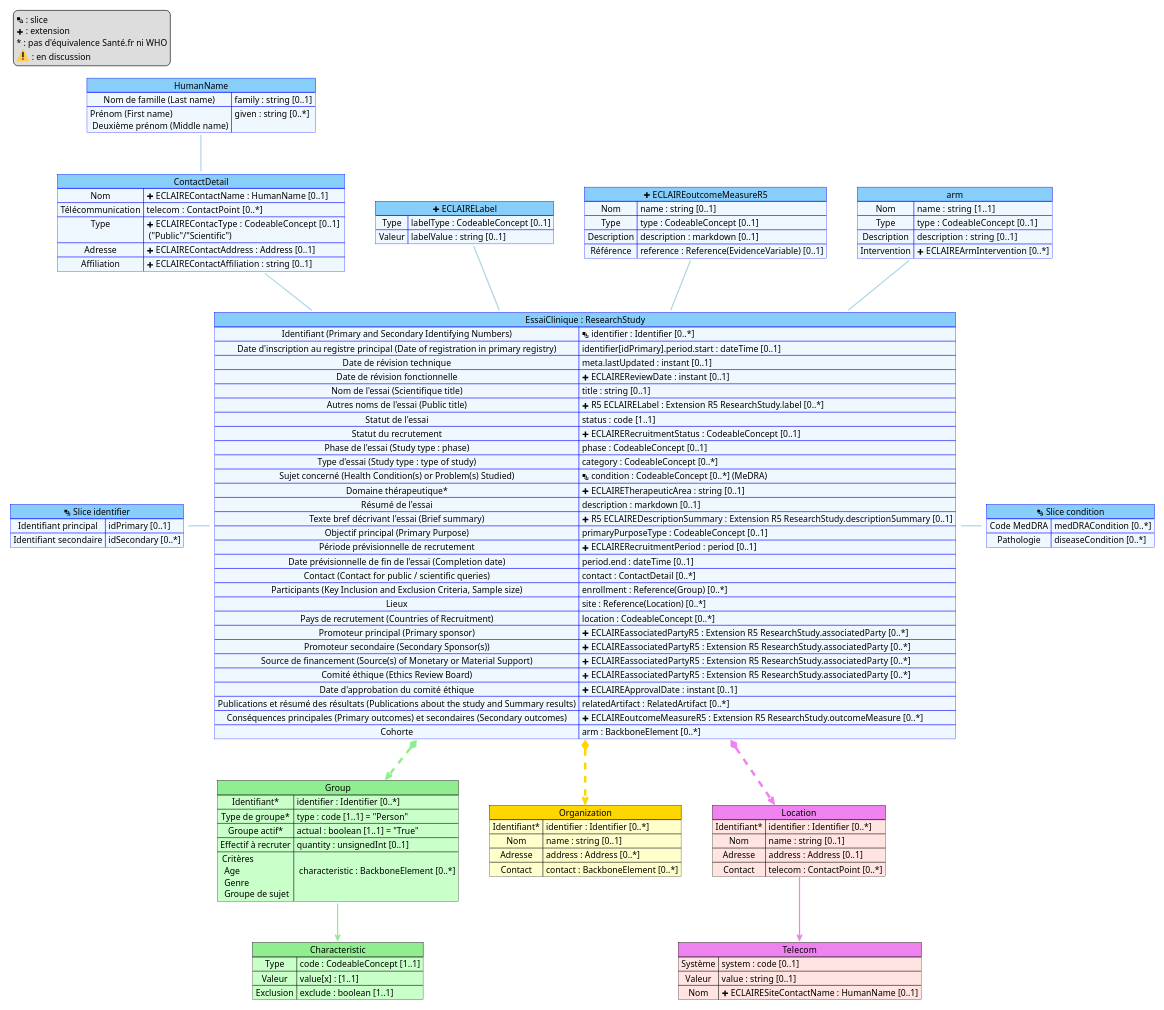
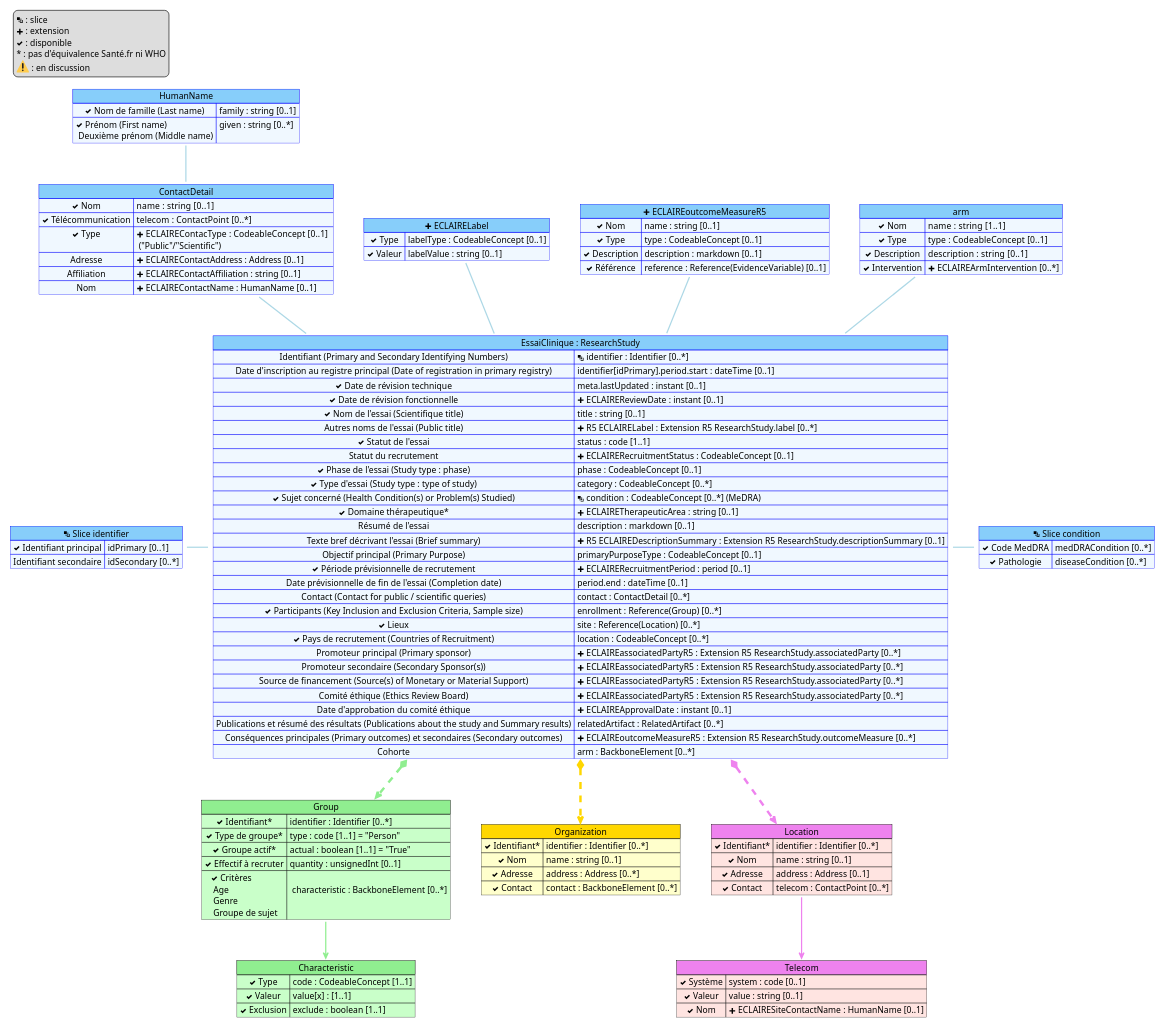
One commit to DNUM-SocialGouv/eclaire changed the diagram in mapping.plantuml. Above: the diagram before and after it, drawn with PlantUML.

Commit message:
doc: mise en avant des variables disponibles

```diff
--- a/mapping.plantuml
+++ b/mapping.plantuml
@@ -1,140 +1,141 @@
 @startuml mapping
 
 scale 1200 width
 
 map "ContactDetail" as Contact #back:AliceBlue;header:LightSkyBlue;line:blue {
-    Nom => name :  string [0..1] 
-    Télécommunication => telecom :  ContactPoint [0..*]  
-    Type => <&plus> ECLAIREContacType :  CodeableConcept [0..1] \n ("Public"/"Scientific")
+    <&check> Nom => name :  string [0..1]
+    <&check> Télécommunication => telecom :  ContactPoint [0..*]
+    <&check> Type => <&plus> ECLAIREContacType :  CodeableConcept [0..1] \n ("Public"/"Scientific")
     Adresse => <&plus> ECLAIREContactAddress : Address [0..1]
     Affiliation => <&plus> ECLAIREContactAffiliation : string [0..1]
     Nom => <&plus> ECLAIREContactName : HumanName [0..1]
 }
 
 map "HumanName" as slice_name #back:AliceBlue;header:LightSkyBlue;line:blue {
-    Nom de famille (Last name) => family : string [0..1]
-    Prénom (First name) \n Deuxième prénom (Middle name) => given : string [0..*]
+    <&check> Nom de famille (Last name) => family : string [0..1]
+    <&check> Prénom (First name) \n Deuxième prénom (Middle name) => given : string [0..*]
 }
 
 map "<&layers> Slice identifier" as slice_identifier #back:AliceBlue;header:LightSkyBlue;line:blue {
-    Identifiant principal => idPrimary [0..1]
+    <&check> Identifiant principal => idPrimary [0..1]
     Identifiant secondaire => idSecondary [0..*]
 }
 
 map "<&layers> Slice condition" as slice_condition #back:AliceBlue;header:LightSkyBlue;line:blue {
-    Code MedDRA => medDRACondition [0..*]
-    Pathologie => diseaseCondition [0..*]
+    <&check> Code MedDRA => medDRACondition [0..*]
+    <&check> Pathologie => diseaseCondition [0..*]
 }
 
 map "<&plus> ECLAIRELabel" as label #back:AliceBlue;header:LightSkyBlue;line:blue {
-    Type => labelType : CodeableConcept [0..1]
-    Valeur => labelValue : string [0..1]
+    <&check> Type => labelType : CodeableConcept [0..1]
+    <&check> Valeur => labelValue : string [0..1]
 }
 
 map "Group" as Group #back:TECHNOLOGY;header:LightGreen {
-    Identifiant* => identifier : Identifier [0..*] 
-    Type de groupe* => type : code [1..1] = "Person" 
-    Groupe actif* => actual : boolean [1..1] = "True"
-    Effectif à recruter => quantity : unsignedInt [0..1] 
-    Critères \n Age \n Genre \n Groupe de sujet => \n characteristic : BackboneElement [0..*] 
+    <&check> Identifiant* => identifier : Identifier [0..*]
+    <&check> Type de groupe* => type : code [1..1] = "Person"
+    <&check> Groupe actif* => actual : boolean [1..1] = "True"
+    <&check> Effectif à recruter => quantity : unsignedInt [0..1]
+    <&check> Critères \n Age \n Genre \n Groupe de sujet => \n characteristic : BackboneElement [0..*]
 }
 
 map "Characteristic" as Characteristic #back:TECHNOLOGY;header:LightGreen {
-    Type  => code : CodeableConcept [1..1] 
-    Valeur => value[x] : [1..1] 
-    Exclusion => exclude : boolean [1..1] 
+    <&check> Type  => code : CodeableConcept [1..1]
+    <&check> Valeur => value[x] : [1..1]
+    <&check> Exclusion => exclude : boolean [1..1]
 }
 
 map "Organization" as Organization #back:BUSINESS;header:Gold {
-    Identifiant* => identifier : Identifier [0..*] 
-    Nom => name : string [0..1] 
-    Adresse => address : Address [0..*] 
-    Contact => contact : BackboneElement [0..*] 
+    <&check> Identifiant* => identifier : Identifier [0..*]
+    <&check> Nom => name : string [0..1]
+    <&check> Adresse => address : Address [0..*]
+    <&check> Contact => contact : BackboneElement [0..*]
 }
 
 map "Location" as Location #back:MistyRose;header:Violet {
-    Identifiant* => identifier : Identifier [0..*] 
-    Nom => name : string [0..1] 
-    Adresse => address : Address [0..1] 
-    Contact => telecom : ContactPoint [0..*]
+    <&check> Identifiant* => identifier : Identifier [0..*]
+    <&check> Nom => name : string [0..1]
+    <&check> Adresse => address : Address [0..1]
+    <&check> Contact => telecom : ContactPoint [0..*]
 }
 
 map "Telecom" as Telecom #back:MistyRose;header:Violet {
-    Système  => system : code [0..1] 
-    Valeur => value : string [0..1] 
-    Nom => <&plus> ECLAIRESiteContactName : HumanName [0..1] 
+    <&check> Système  => system : code [0..1]
+    <&check> Valeur => value : string [0..1]
+    <&check> Nom => <&plus> ECLAIRESiteContactName : HumanName [0..1]
 }
 
 map "<&plus> ECLAIREoutcomeMeasureR5" as OM #back:AliceBlue;header:LightSkyBlue;line:blue {
-    Nom => name : string [0..1] 
-    Type => type : CodeableConcept [0..1] 
-    Description => description : markdown [0..1]
-    Référence => reference : Reference(EvidenceVariable) [0..1]
+    <&check> Nom => name : string [0..1]
+    <&check> Type => type : CodeableConcept [0..1]
+    <&check> Description => description : markdown [0..1]
+    <&check> Référence => reference : Reference(EvidenceVariable) [0..1]
 }
 
 map arm #back:AliceBlue;header:LightSkyBlue;line:blue {
-    Nom => name :  string [1..1] 
-    Type => type :  CodeableConcept [0..1] 
-    Description => description :  string [0..1]
-    Intervention => <&plus> ECLAIREArmIntervention [0..*]
+    <&check> Nom => name :  string [1..1]
+    <&check> Type => type :  CodeableConcept [0..1]
+    <&check> Description => description :  string [0..1]
+    <&check> Intervention => <&plus> ECLAIREArmIntervention [0..*]
 }
 
 map "EssaiClinique : ResearchStudy" as RS #back:AliceBlue;header:LightSkyBlue;line:blue {
     Identifiant (Primary and Secondary Identifying Numbers) => <&layers> identifier : Identifier [0..*]
     Date d'inscription au registre principal (Date of registration in primary registry) => identifier[idPrimary].period.start : dateTime [0..1]  
-    Date de révision technique => meta.lastUpdated : instant [0..1]  
-    Date de révision fonctionnelle => <&plus> ECLAIREReviewDate : instant [0..1] 
-    Nom de l'essai (Scientifique title) => title : string [0..1] 
+    <&check> Date de révision technique => meta.lastUpdated : instant [0..1]
+    <&check> Date de révision fonctionnelle => <&plus> ECLAIREReviewDate : instant [0..1]
+    <&check> Nom de l'essai (Scientifique title) => title : string [0..1]
     Autres noms de l'essai (Public title) => <&plus> R5 ECLAIRELabel : Extension R5 ResearchStudy.label [0..*] 
-    Statut de l'essai => status : code [1..1]
+    <&check> Statut de l'essai => status : code [1..1]
     Statut du recrutement => <&plus> ECLAIRERecruitmentStatus : CodeableConcept [0..1]
-    Phase de l'essai (Study type : phase) => phase : CodeableConcept [0..1] 
-    Type d'essai (Study type : type of study) => category : CodeableConcept [0..*] 
-    Sujet concerné (Health Condition(s) or Problem(s) Studied) => <&layers> condition : CodeableConcept [0..*] (MeDRA) 
-    Domaine thérapeutique* => <&plus> ECLAIRETherapeuticArea : string [0..1] 
+    <&check> Phase de l'essai (Study type : phase) => phase : CodeableConcept [0..1]
+    <&check> Type d'essai (Study type : type of study) => category : CodeableConcept [0..*]
+    <&check> Sujet concerné (Health Condition(s) or Problem(s) Studied) => <&layers> condition : CodeableConcept [0..*] (MeDRA)
+    <&check> Domaine thérapeutique* => <&plus> ECLAIRETherapeuticArea : string [0..1]
     Résumé de l'essai => description : markdown [0..1] 
     Texte bref décrivant l'essai (Brief summary) => <&plus> R5 ECLAIREDescriptionSummary : Extension R5 ResearchStudy.descriptionSummary [0..1]
     Objectif principal (Primary Purpose) => primaryPurposeType : CodeableConcept [0..1]
-    Période prévisionnelle de recrutement => <&plus> ECLAIRERecruitmentPeriod : period [0..1]  
+    <&check> Période prévisionnelle de recrutement => <&plus> ECLAIRERecruitmentPeriod : period [0..1]
     Date prévisionnelle de fin de l'essai (Completion date) => period.end : dateTime [0..1]
     Contact (Contact for public / scientific queries) => contact : ContactDetail [0..*] 
-    Participants (Key Inclusion and Exclusion Criteria, Sample size) => enrollment : Reference(Group) [0..*] 
-    Lieux => site : Reference(Location) [0..*] 
-    Pays de recrutement (Countries of Recruitment) => location : CodeableConcept [0..*]
+    <&check> Participants (Key Inclusion and Exclusion Criteria, Sample size) => enrollment : Reference(Group) [0..*]
+    <&check> Lieux => site : Reference(Location) [0..*]
+    <&check> Pays de recrutement (Countries of Recruitment) => location : CodeableConcept [0..*]
     Promoteur principal (Primary sponsor) => <&plus> ECLAIREassociatedPartyR5 : Extension R5 ResearchStudy.associatedParty [0..*] 
     Promoteur secondaire (Secondary Sponsor(s)) => <&plus> ECLAIREassociatedPartyR5  : Extension R5 ResearchStudy.associatedParty [0..*]  
     Source de financement (Source(s) of Monetary or Material Support) => <&plus> ECLAIREassociatedPartyR5  : Extension R5 ResearchStudy.associatedParty [0..*]
     Comité éthique (Ethics Review Board) => <&plus> ECLAIREassociatedPartyR5  : Extension R5 ResearchStudy.associatedParty [0..*]
     Date d'approbation du comité éthique => <&plus> ECLAIREApprovalDate : instant [0..1] 
     Publications et résumé des résultats (Publications about the study and Summary results) => relatedArtifact : RelatedArtifact [0..*]
     Conséquences principales (Primary outcomes) et secondaires (Secondary outcomes)  => <&plus> ECLAIREoutcomeMeasureR5 : Extension R5 ResearchStudy.outcomeMeasure [0..*] 
     Cohorte => arm : BackboneElement [0..*]
 }
 
 
 RS *-[#Violet,dashed,thickness=4]-> Location
 RS *-[#LightGreen,dashed,thickness=4]-> Group 
 RS *-[#Gold,dashed,thickness=4]-> Organization
 
 slice_identifier -[#lightBlue,thickness=2] RS
 RS -[#lightBlue,thickness=2] slice_condition
 Contact --[#lightBlue,thickness=2] RS
 label --[#lightBlue,thickness=2] RS
 slice_name --[#lightBlue,thickness=2] Contact
 OM --[#lightBlue,thickness=2] RS
 arm --[#lightBlue,thickness=2] RS
 
 Group -[hidden] Organization
 
 Group::Critères --[#LightGreen,thickness=2]> Characteristic
 Location::Contact --[#Violet,thickness=2]> Telecom
 
 
 legend top left
   <&layers> : slice
   <&plus> : extension
+  <&check> : disponible
   ~* : pas d'équivalence Santé.fr ni WHO
   <:warning:> : en discussion
 endlegend
 
 @enduml
```
